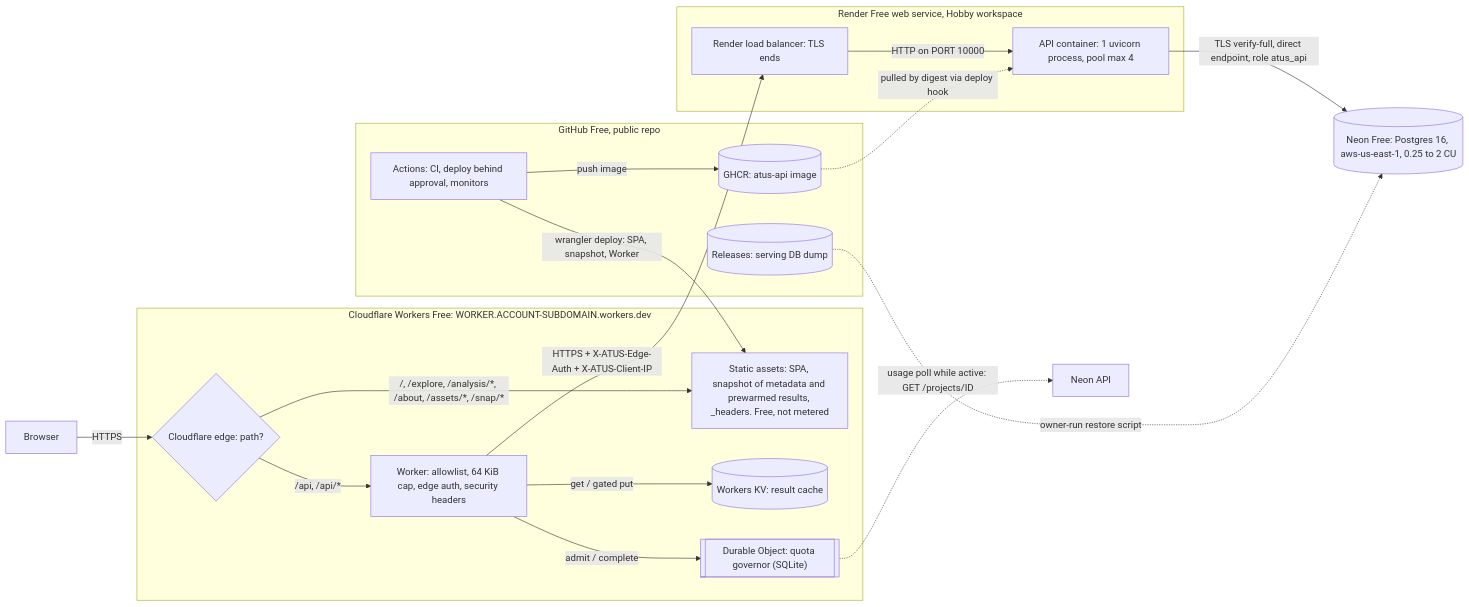
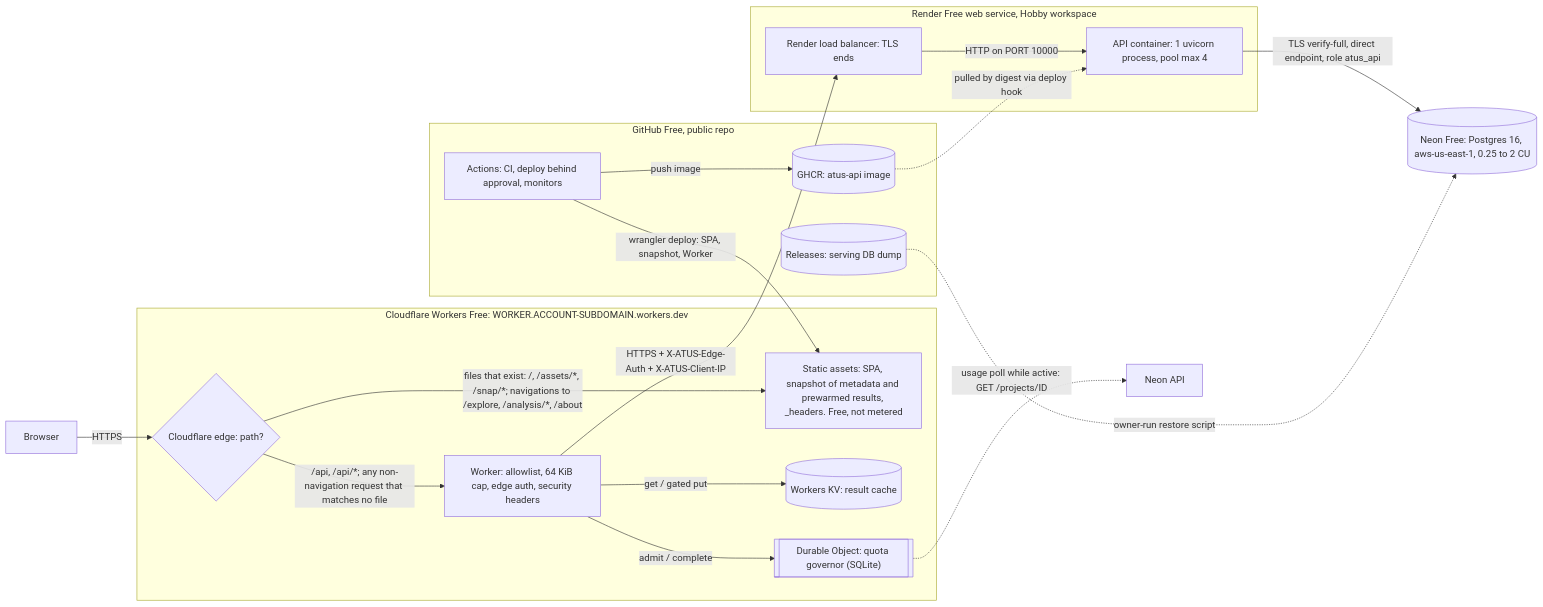
Before and after one commit to Nathan98000/ATUS: the diagram in docs/deployment.md, drawn with Mermaid. The commit also changed other lines of this file and 22 other files, not shown here.

````diff
--- a/docs/deployment.md
+++ b/docs/deployment.md
@@ -16,31 +16,31 @@
 ```mermaid
 flowchart LR
   U["Browser"] -->|"HTTPS"| EDGE{"Cloudflare edge: path?"}
 
   subgraph CF["Cloudflare Workers Free: WORKER.ACCOUNT-SUBDOMAIN.workers.dev"]
-    EDGE -->|"/, /explore, /analysis/*, /about, /assets/*, /snap/*"| S["Static assets: SPA, snapshot of metadata and prewarmed results, _headers. Free, not metered"]
-    EDGE -->|"/api, /api/*"| W["Worker: allowlist, 64 KiB cap, edge auth, security headers"]
+    EDGE -->|"files that exist: /, /assets/*, /snap/*; navigations to /explore, /analysis/*, /about"| S["Static assets: SPA, snapshot of metadata and prewarmed results, _headers. Free, not metered"]
+    EDGE -->|"/api, /api/*; any non-navigation request that matches no file"| W["Worker: allowlist, 64 KiB cap, edge auth, security headers"]
     W -->|"get / gated put"| KV[("Workers KV: result cache")]
     W -->|"admit / complete"| DO[["Durable Object: quota governor (SQLite)"]]
   end
 
   W -->|"HTTPS + X-ATUS-Edge-Auth + X-ATUS-Client-IP"| LB
 
   subgraph RD["Render Free web service, Hobby workspace"]
     LB["Render load balancer: TLS ends"] -->|"HTTP on PORT 10000"| API["API container: 1 uvicorn process, pool max 4"]
   end
 
   API -->|"TLS verify-full, direct endpoint, role atus_api"| DB[("Neon Free: Postgres 16, aws-us-east-1, 0.25 to 2 CU")]
   DO -.->|"usage poll while active: GET /projects/ID"| NAPI["Neon API"]
 
   subgraph GH["GitHub Free, public repo"]
     CI["Actions: CI, deploy behind approval, monitors"]
     REG[("GHCR: atus-api image")]
     REL[("Releases: serving DB dump")]
   end
 
   CI -->|"push image"| REG
   REG -.->|"pulled by digest via deploy hook"| API
   CI -->|"wrangler deploy: SPA, snapshot, Worker"| S
   REL -.->|"owner-run restore script"| DB
 ```
````
